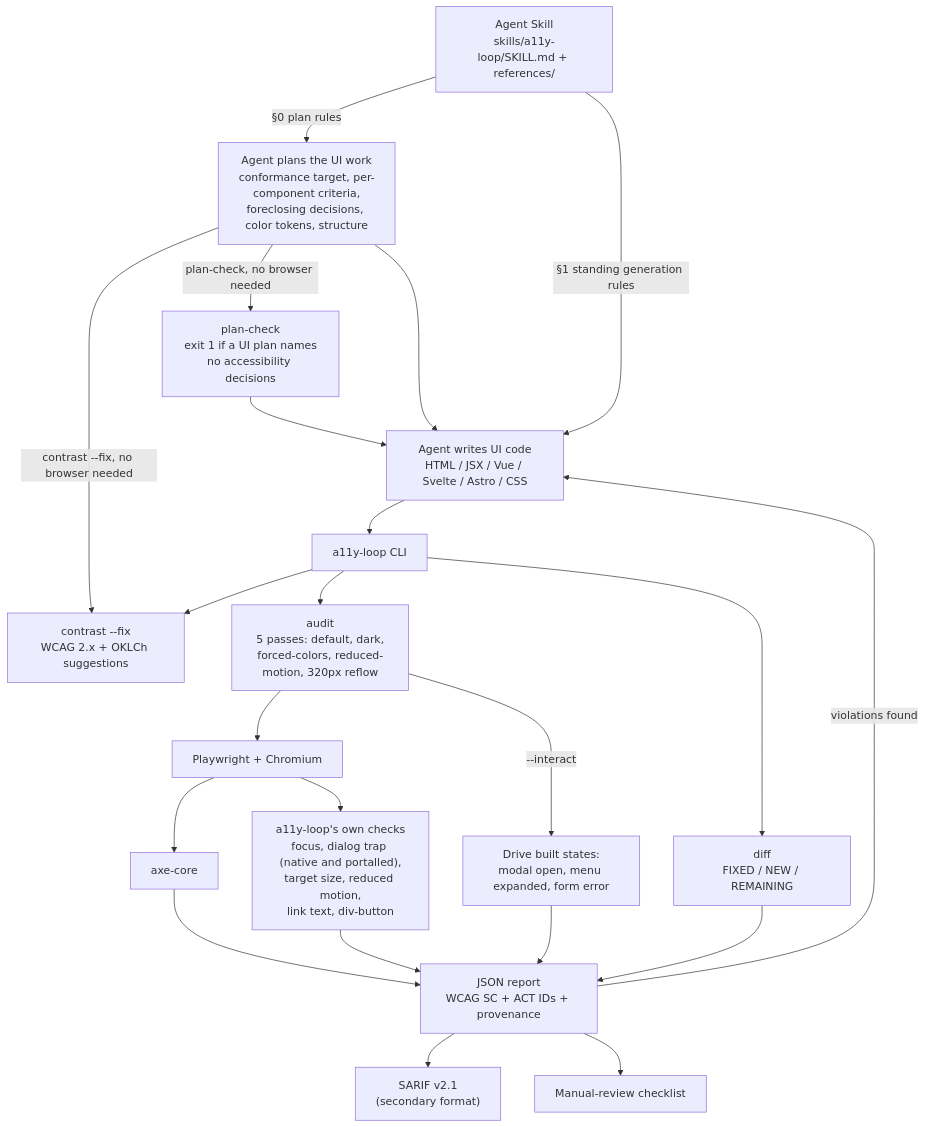
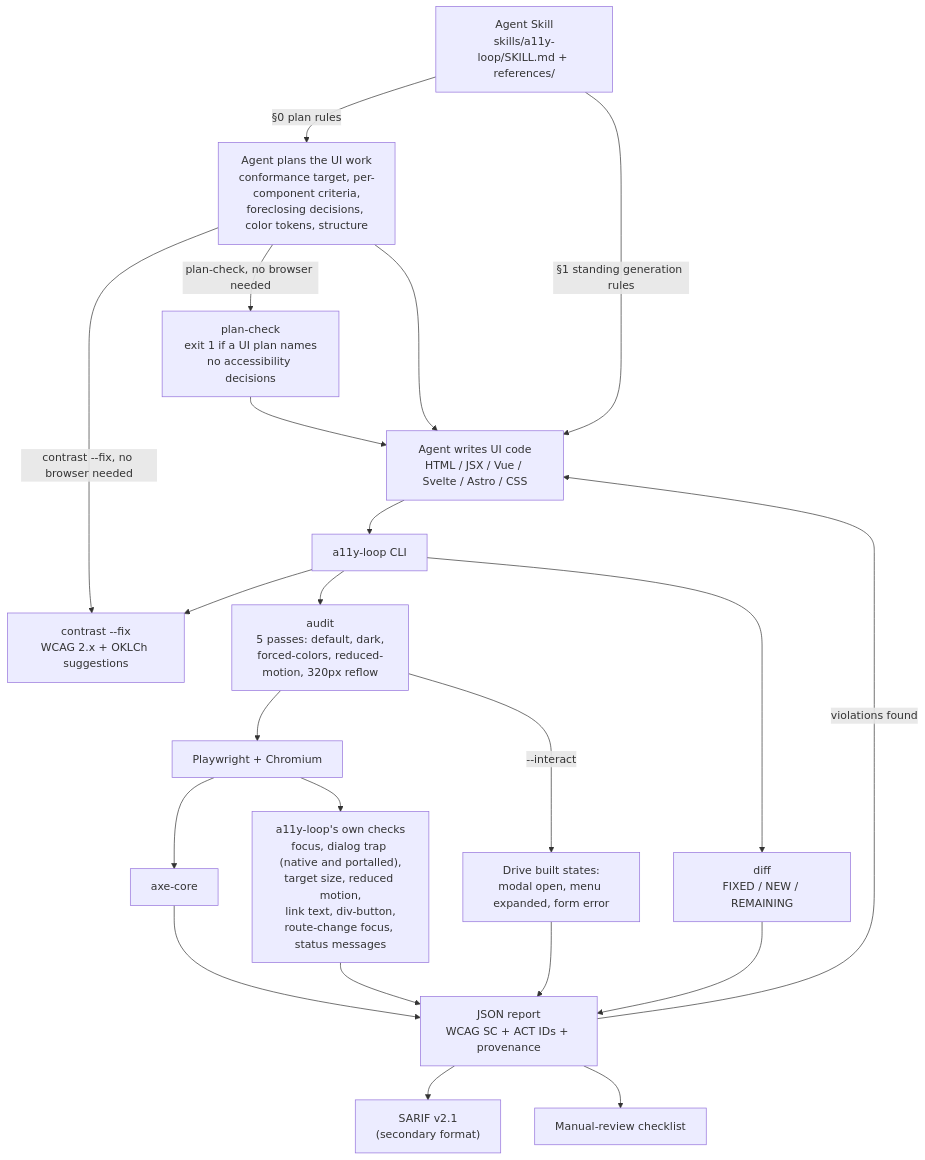
One commit to ChanMeng666/a11y-loop changed the first of 2 diagrams in website/guide/architecture.md. Above: the diagram before and after it, drawn with Mermaid. The commit also changed 12 other files, not shown here.

Commit message:
docs: document route-change focus, status-message checks and the dialog trigger fix

````diff
--- a/website/guide/architecture.md
+++ b/website/guide/architecture.md
@@ -14,24 +14,24 @@
 ```mermaid
 graph TD
     A["Agent Skill<br/>skills/a11y-loop/SKILL.md + references/"] -->|"§0 plan rules"| P["Agent plans the UI work<br/>conformance target, per-component criteria,<br/>foreclosing decisions, color tokens, structure"]
     P -->|"contrast --fix, no browser needed"| E
     P -->|"plan-check, no browser needed"| Q["plan-check<br/>exit 1 if a UI plan names<br/>no accessibility decisions"]
     Q --> B
     P --> B
     A -->|"§1 standing generation rules"| B["Agent writes UI code<br/>HTML / JSX / Vue / Svelte / Astro / CSS"]
     B --> C["a11y-loop CLI"]
     C --> D["audit<br/>5 passes: default, dark,<br/>forced-colors, reduced-motion, 320px reflow"]
     C --> E["contrast --fix<br/>WCAG 2.x + OKLCh suggestions"]
     C --> F["diff<br/>FIXED / NEW / REMAINING"]
     D --> G["Playwright + Chromium"]
     G --> H["axe-core"]
-    G --> I["a11y-loop's own checks<br/>focus, dialog trap (native and portalled),<br/>target size, reduced motion,<br/>link text, div-button"]
+    G --> I["a11y-loop's own checks<br/>focus, dialog trap (native and portalled),<br/>target size, reduced motion,<br/>link text, div-button,<br/>route-change focus, status messages"]
     D -->|--interact| J["Drive built states:<br/>modal open, menu expanded, form error"]
     H --> K["JSON report<br/>WCAG SC + ACT IDs + provenance"]
     I --> K
     J --> K
     K --> L["SARIF v2.1<br/>(secondary format)"]
     K --> M["Manual-review checklist"]
     K -->|violations found| B
     F --> K
 ```
````
